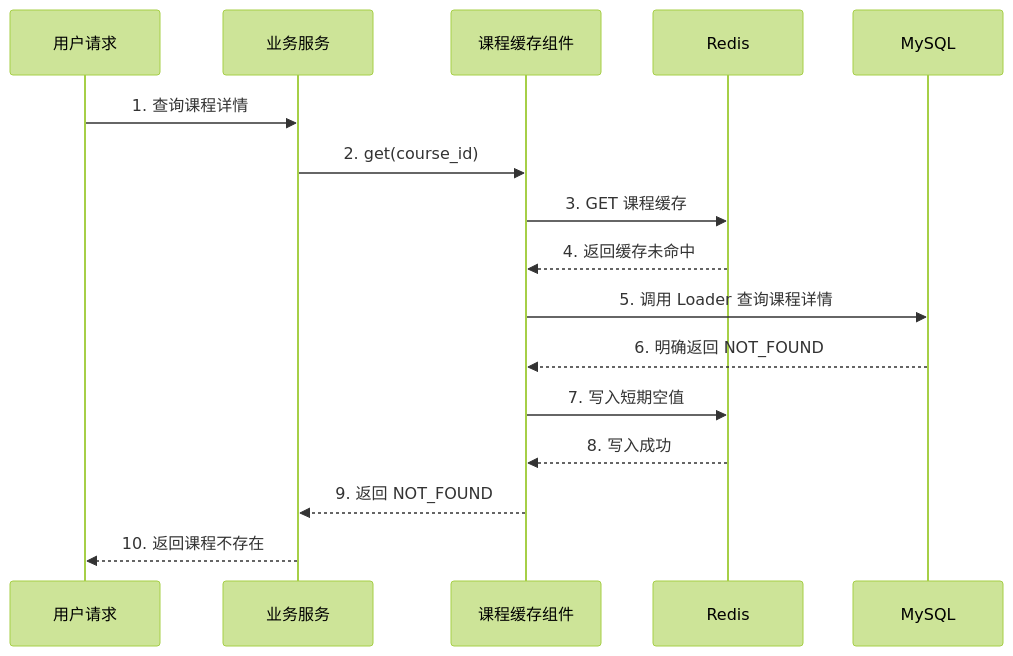
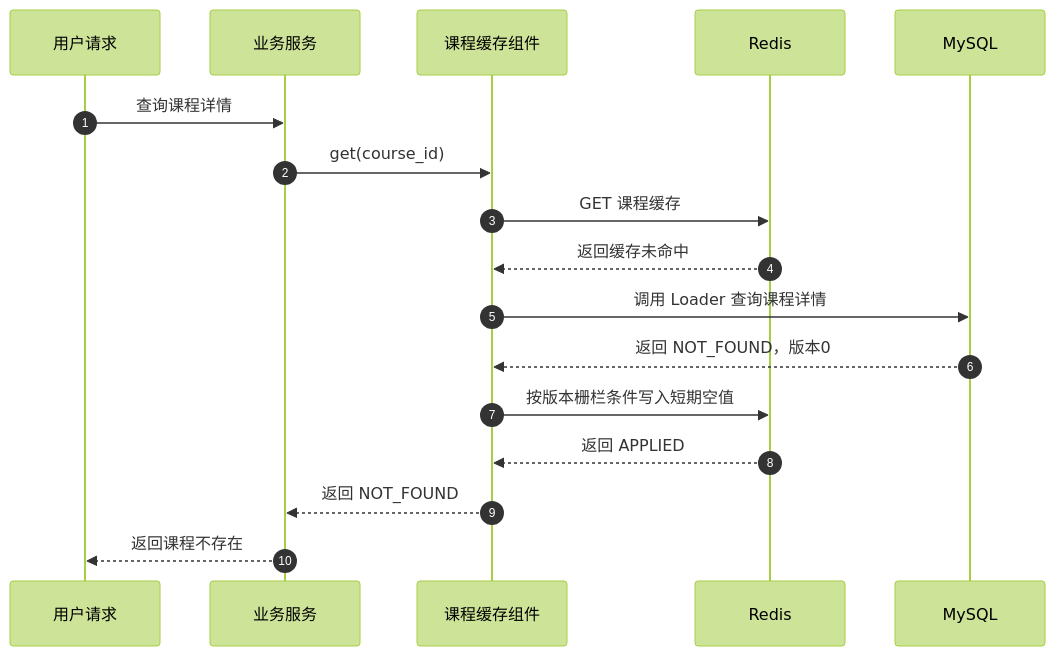
One commit to zdl20251023-pixel/agent-frame changed diagram 14 of 27 in docs/redis/126-redis-4种缓存模式-分享版-极简版.md. Above: the diagram before and after it, drawn with Mermaid (forest theme). The commit also changed other lines of this file, not shown here.

Commit message:
redis 四大缓存模式 分享-极简版

````diff
--- a/docs/redis/126-redis-4种缓存模式-分享版-极简版.md
+++ b/docs/redis/126-redis-4种缓存模式-分享版-极简版.md
@@ -574,22 +584,23 @@
 ```mermaid
 sequenceDiagram
+    autonumber
     participant Client as 用户请求
     participant Service as 业务服务
     participant Cache as 课程缓存组件
     participant Redis as Redis
     participant MySQL as MySQL
 
-    Client->>Service: 1. 查询课程详情
-    Service->>Cache: 2. get(course_id)
-    Cache->>Redis: 3. GET 课程缓存
-    Redis-->>Cache: 4. 返回缓存未命中
+    Client->>Service: 查询课程详情
+    Service->>Cache: get(course_id)
+    Cache->>Redis: GET 课程缓存
+    Redis-->>Cache: 返回缓存未命中
 
-    Cache->>MySQL: 5. 调用 Loader 查询课程详情
-    MySQL-->>Cache: 6. 明确返回 NOT_FOUND
+    Cache->>MySQL: 调用 Loader 查询课程详情
+    MySQL-->>Cache: 返回 NOT_FOUND，版本0
 
-    Cache->>Redis: 7. 写入短期空值
-    Redis-->>Cache: 8. 写入成功
+    Cache->>Redis: 按版本栅栏条件写入短期空值
+    Redis-->>Cache: 返回 APPLIED
 
-    Cache-->>Service: 9. 返回 NOT_FOUND
-    Service-->>Client: 10. 返回课程不存在
+    Cache-->>Service: 返回 NOT_FOUND
+    Service-->>Client: 返回课程不存在
 ```
````
